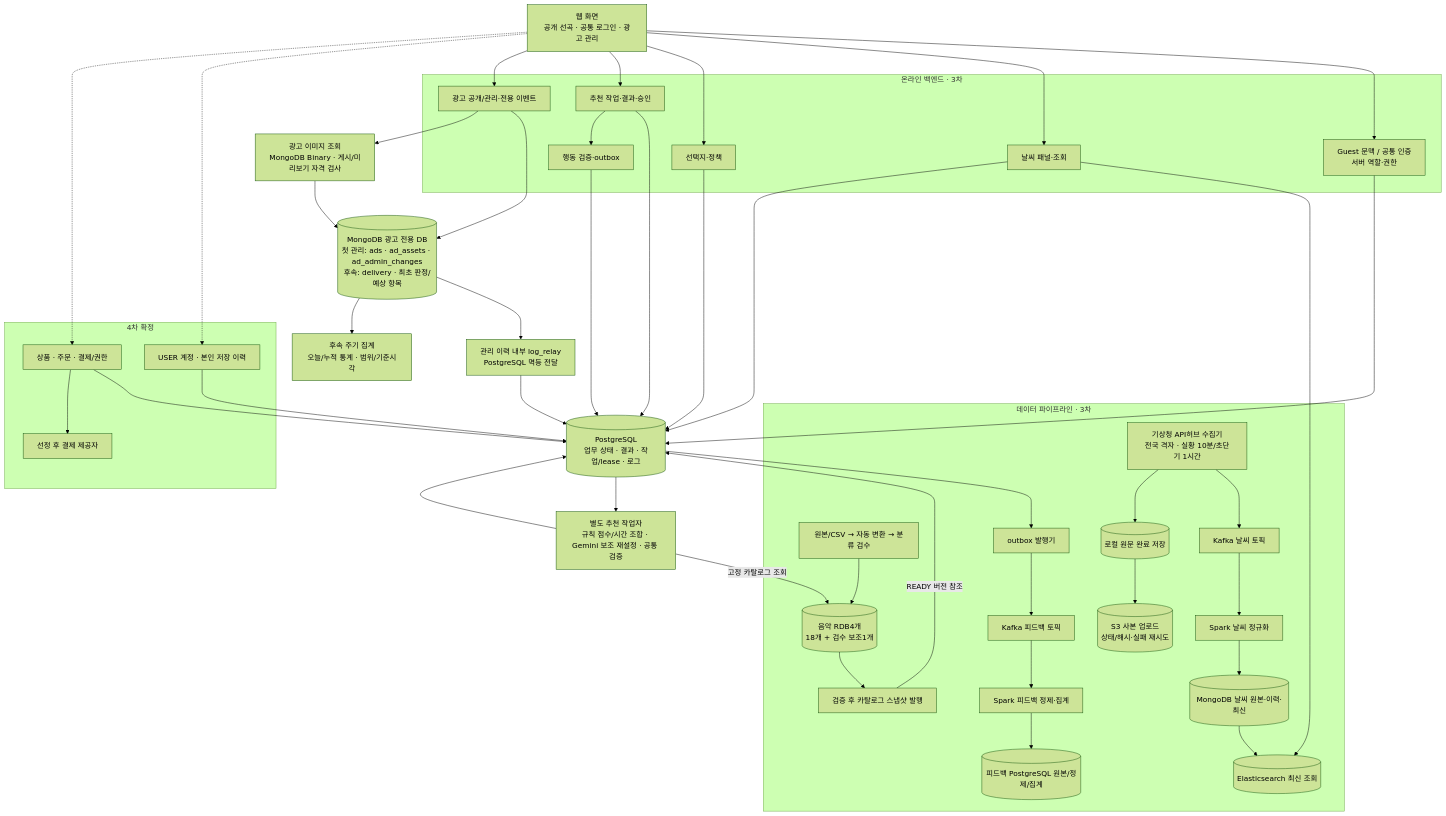
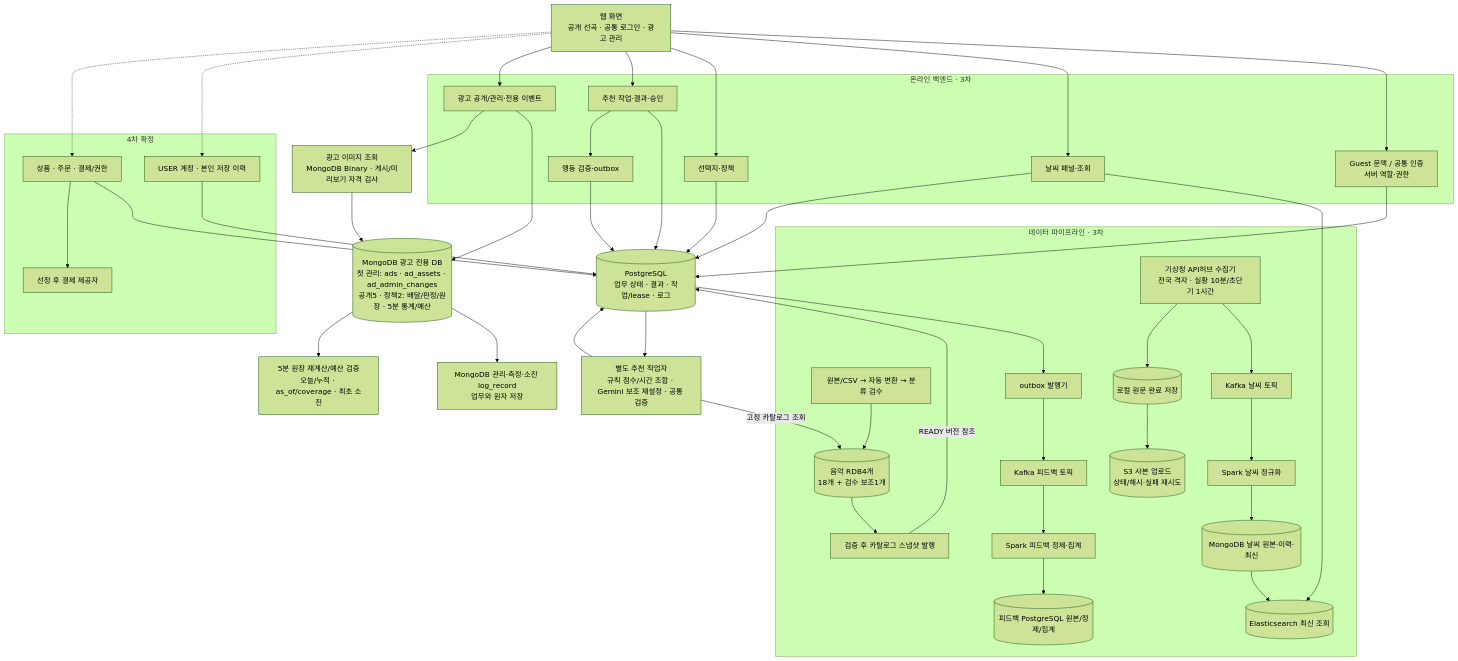
The first of 8 diagrams in docs/product/카페_음악_서비스_구현_설계도.md (encore-ai-campus/mlo-01-p3-team1), drawn with Mermaid (forest theme) before and after one commit. The commit also changed other lines of this file and 216 other files, not shown here.

First line of the commit message:
feat(ads): [AD-02] 광고 API·MongoDB 저장과 5분 예산 검증 통합 (#5)

````diff
--- a/docs/product/카페_음악_서비스_구현_설계도.md
+++ b/docs/product/카페_음악_서비스_구현_설계도.md
@@ -142,57 +156,57 @@
 ```mermaid
 flowchart TB
     WEB["웹 화면<br/>공개 선곡 · 공통 로그인 · 광고 관리"]
     subgraph API["온라인 백엔드 · 3차"]
         AUTH["Guest 문맥 / 공통 인증<br/>서버 역할·권한"]
         WEATHER["날씨 패널·조회"]
         OPTIONS["선택지·정책"]
         REC["추천 작업·결과·승인"]
         FEEDBACK["행동 검증·outbox"]
         ADS["광고 공개/관리·전용 이벤트"]
     end
     DB[("PostgreSQL<br/>업무 상태 · 결과 · 작업/lease · 로그")]
-    ADDB[("MongoDB 광고 전용 DB<br/>첫 관리: ads · ad_assets · ad_admin_changes<br/>후속: delivery · 최초 판정/예상 항목")]
-    ADLOG["관리 이력 내부 log_relay<br/>PostgreSQL 멱등 전달"]
-    ADAGG["후속 주기 집계<br/>오늘/누적 통계 · 범위/기준시각"]
+    ADDB[("MongoDB 광고 전용 DB<br/>첫 관리: ads · ad_assets · ad_admin_changes<br/>공개5 · 정책2: 배달/판정/원장 · 5분 통계/예산")]
+    ADLOG["MongoDB 관리·측정·소진 log_record<br/>업무와 원자 저장"]
+    ADAGG["5분 원장 재계산/예산 검증<br/>오늘/누적 · as_of/coverage · 최초 소진"]
     WORKER["별도 추천 작업자<br/>규칙 점수/시간 조합 · Gemini 보조 재설정 · 공통 검증"]
     FILES["광고 이미지 조회<br/>MongoDB Binary · 게시/미리보기 자격 검사"]
     subgraph PIPE["데이터 파이프라인 · 3차"]
         MUSIC["원본/CSV → 자동 변환 → 분류 검수"] --> MUSICDB[("음악 RDB4개<br/>18개 + 검수 보조1개")]
         PUBLISH["검증 후 카탈로그 스냅샷 발행"]
         KMA["기상청 API허브 수집기<br/>전국 격자 · 실황 10분/초단기 1시간"] --> WKAFKA["Kafka 날씨 토픽"]
         WKAFKA --> WSPARK["Spark 날씨 정규화"]
         WSPARK --> WMONGO[("MongoDB 날씨 원본·이력·최신")]
         KMA --> WRAW[("로컬 원문 완료 저장")]
         WRAW --> S3RAW[("S3 사본 업로드<br/>상태/해시·실패 재시도")]
         WMONGO --> WES[("Elasticsearch 최신 조회")]
         FKAFKA["Kafka 피드백 토픽"] --> FSPARK["Spark 피드백 정제·집계"]
         FSPARK --> FDELTA[("피드백 PostgreSQL 원본/정제/집계")]
         RELAY["outbox 발행기"]
     end
     subgraph FOUR["4차 확정"]
         USER["USER 계정 · 본인 저장 이력"]
         PAYMENT["상품 · 주문 · 결제/권한"]
         PROVIDER["선정 후 결제 제공자"]
     end
     WEB --> AUTH
     WEB --> WEATHER
     WEB --> OPTIONS
     WEB --> REC
     WEB --> ADS
     AUTH --> DB
     WEATHER --> WES
     WEATHER --> DB
     OPTIONS --> DB
     REC --> DB
     REC --> FEEDBACK --> DB
-    ADS --> ADDB --> ADLOG --> DB
+    ADS --> ADDB --> ADLOG
     ADDB --> ADAGG
     ADS --> FILES --> ADDB
     DB --> WORKER --> DB
     MUSICDB --> PUBLISH -->|READY 버전 참조| DB
     WORKER -->|고정 카탈로그 조회| MUSICDB
     DB --> RELAY --> FKAFKA
     WEB -.-> USER --> DB
     WEB -.-> PAYMENT --> DB
     PAYMENT --> PROVIDER
 ```
````
